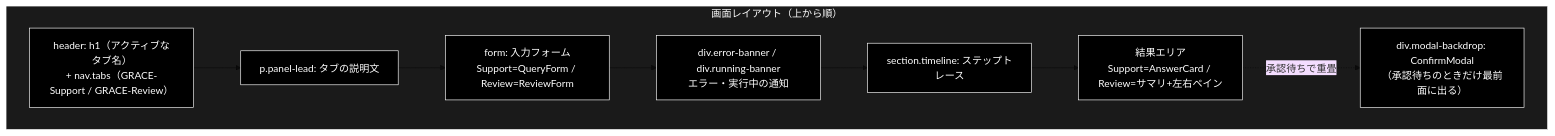
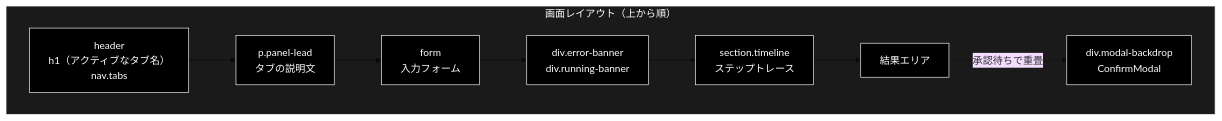
One commit to nakashima2toshio/grace_v2 changed the second of 5 diagrams in README.md. Above: the diagram before and after it, drawn with Mermaid (base theme). The commit also changed other lines of this file, not shown here.

First line of the commit message:
docs: README §2 の構成図を縦積みにして文字潰れを解消

````diff
--- a/README.md
+++ b/README.md
@@ -237,19 +237,23 @@
 ```mermaid
 flowchart TB
     subgraph SCREEN["画面レイアウト（上から順）"]
-        HEAD["header: h1（アクティブなタブ名）<br>+ nav.tabs（GRACE-Support / GRACE-Review）"]
-        LEAD["p.panel-lead: タブの説明文"]
-        FORM["form: 入力フォーム<br>Support=QueryForm / Review=ReviewForm"]
-        BANNER["div.error-banner / div.running-banner<br>エラー・実行中の通知"]
-        TIME["section.timeline: ステップトレース"]
-        RESULT["結果エリア<br>Support=AnswerCard / Review=サマリ+左右ペイン"]
-        MODALL["div.modal-backdrop: ConfirmModal<br>（承認待ちのときだけ最前面に出る）"]
+        HEAD["header<br>h1（アクティブなタブ名）<br>nav.tabs"]
+        LEAD["p.panel-lead<br>タブの説明文"]
+        FORM["form<br>入力フォーム"]
+        BANNER["div.error-banner<br>div.running-banner"]
+        TIME["section.timeline<br>ステップトレース"]
+        RESULT["結果エリア"]
+        MODALL["div.modal-backdrop<br>ConfirmModal"]
     end
 
-    HEAD --> LEAD --> FORM --> BANNER --> TIME --> RESULT
+    HEAD --> LEAD
+    LEAD --> FORM
+    FORM --> BANNER
+    BANNER --> TIME
+    TIME --> RESULT
     RESULT -.承認待ちで重畳.-> MODALL
 classDef default fill:#000,stroke:#fff,color:#fff
 classDef subgraphStyle fill:#1a1a1a,stroke:#fff,color:#fff
 class HEAD,LEAD,FORM,BANNER,TIME,RESULT,MODALL default
 style SCREEN fill:#1a1a1a,stroke:#fff,color:#fff
 ```
````
